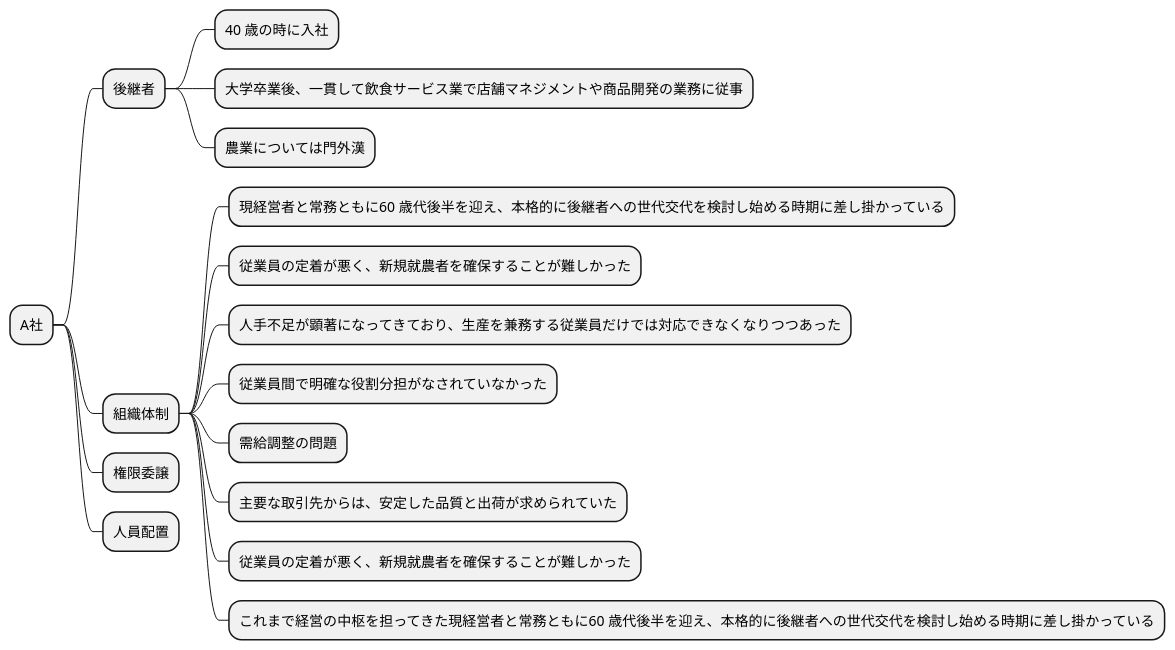
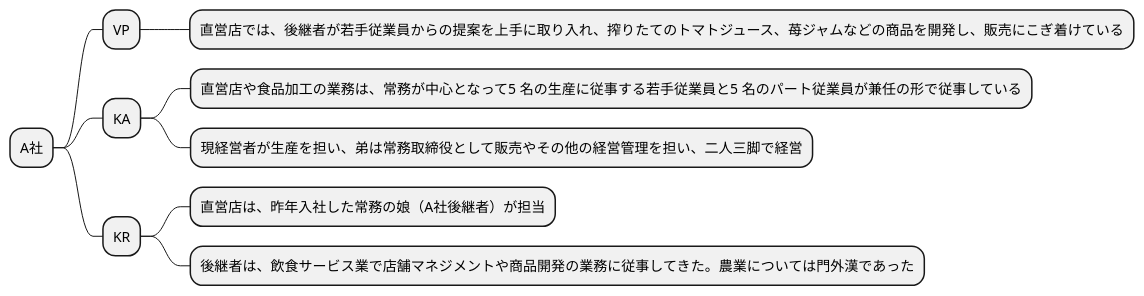
Before and after one commit to k2works/requirements_definition_excercise: the tenth of 11 diagrams in docs/R04/study/study_1_take02.md, drawn with PlantUML. The commit also changed other lines of this file, not shown here.

````diff
--- a/docs/R04/study/study_1_take02.md
+++ b/docs/R04/study/study_1_take02.md
@@ -296,22 +332,15 @@
 ```plantuml
 @startmindmap
 
 * A社
-** 後継者
-*** 40 歳の時に入社
-*** 大学卒業後、一貫して飲食サービス業で店舗マネジメントや商品開発の業務に従事
-*** 農業については門外漢
-** 組織体制
-*** 現経営者と常務ともに60 歳代後半を迎え、本格的に後継者への世代交代を検討し始める時期に差し掛かっている
-*** 従業員の定着が悪く、新規就農者を確保することが難しかった
-*** 人手不足が顕著になってきており、生産を兼務する従業員だけでは対応できなくなりつつあった
-*** 従業員間で明確な役割分担がなされていなかった
-*** 需給調整の問題
-*** 主要な取引先からは、安定した品質と出荷が求められていた
-*** 従業員の定着が悪く、新規就農者を確保することが難しかった
-*** これまで経営の中枢を担ってきた現経営者と常務ともに60 歳代後半を迎え、本格的に後継者への世代交代を検討し始める時期に差し掛かっている
-** 権限委譲
-** 人員配置
+** VP
+*** 直営店では、後継者が若手従業員からの提案を上手に取り入れ、搾りたてのトマトジュース、苺ジャムなどの商品を開発し、販売にこぎ着けている
+** KA
+*** 直営店や食品加工の業務は、常務が中心となって5 名の生産に従事する若手従業員と5 名のパート従業員が兼任の形で従事している
+*** 現経営者が生産を担い、弟は常務取締役として販売やその他の経営管理を担い、二人三脚で経営
+** KR
+*** 直営店は、昨年入社した常務の娘（A社後継者）が担当
+*** 後継者は、飲食サービス業で店舗マネジメントや商品開発の業務に従事してきた。農業については門外漢であった
 
 @endmindmap
 ```
````
